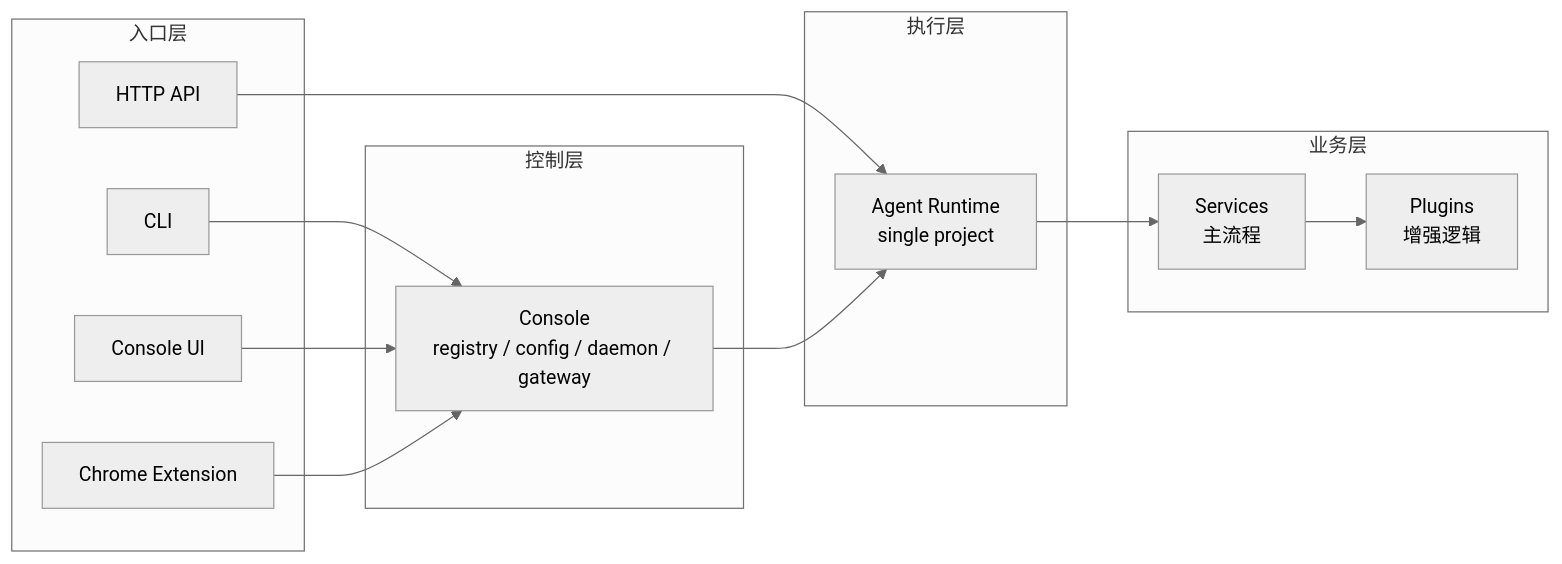
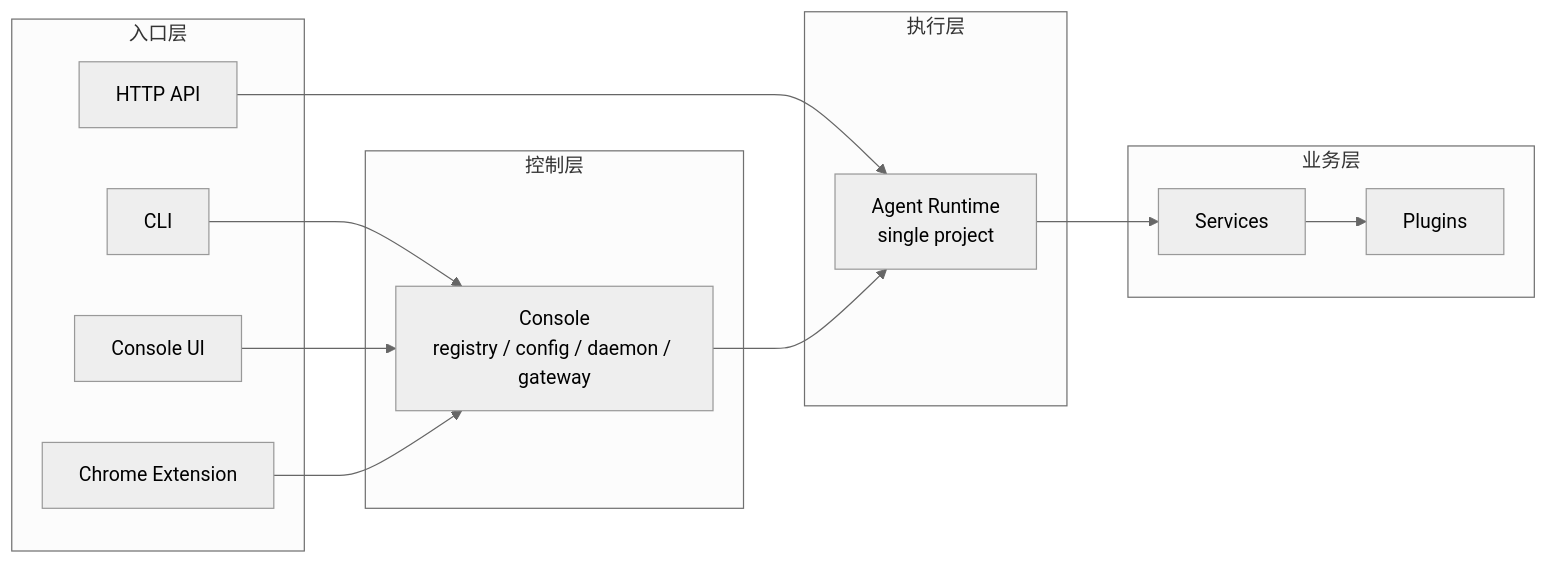
Before and after one commit to wangenius/downcity: the first of 3 diagrams in homepage/content/devdocs/zh/package/runtime-and-services.mdx, drawn with Mermaid (neutral theme). The commit also changed other lines of this file and 37 other files, not shown here.

````diff
--- a/homepage/content/devdocs/zh/package/runtime-and-services.mdx
+++ b/homepage/content/devdocs/zh/package/runtime-and-services.mdx
@@ -41,30 +41,30 @@
 ```mermaid
 flowchart LR
   subgraph Entry["入口层"]
     CLI["CLI"]
     UI["Console UI"]
     EXT["Chrome Extension"]
     API["HTTP API"]
   end
 
   subgraph Control["控制层"]
     CONSOLE["Console<br/>registry / config / daemon / gateway"]
   end
 
   subgraph Runtime["执行层"]
     AGENT["Agent Runtime<br/>single project"]
   end
 
   subgraph Business["业务层"]
-    SERVICES["Services<br/>主流程"]
-    PLUGINS["Plugins<br/>增强逻辑"]
+    SERVICES["Services"]
+    PLUGINS["Plugins"]
   end
 
   CLI --> CONSOLE
   UI --> CONSOLE
   EXT --> CONSOLE
   API --> AGENT
   CONSOLE --> AGENT
   AGENT --> SERVICES
   SERVICES --> PLUGINS
 ```
````
